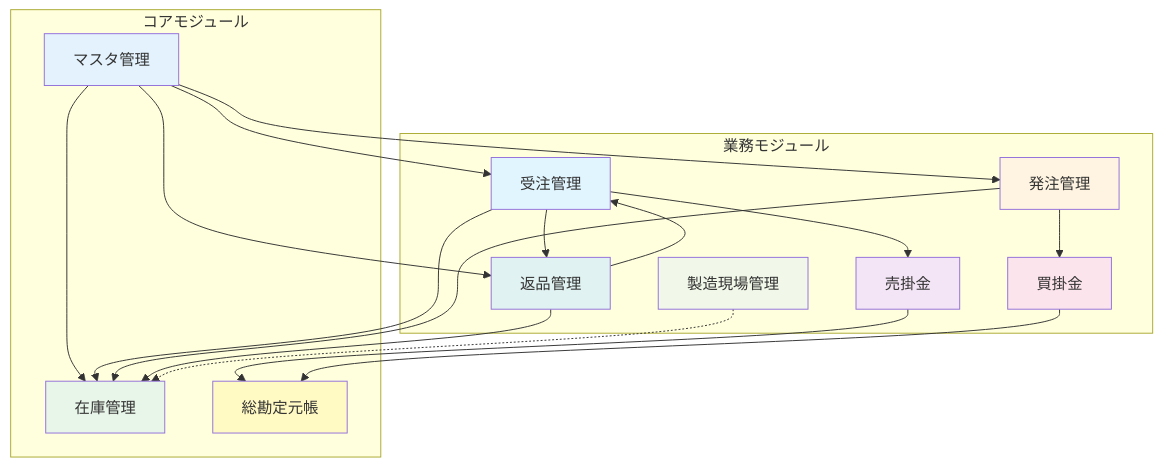
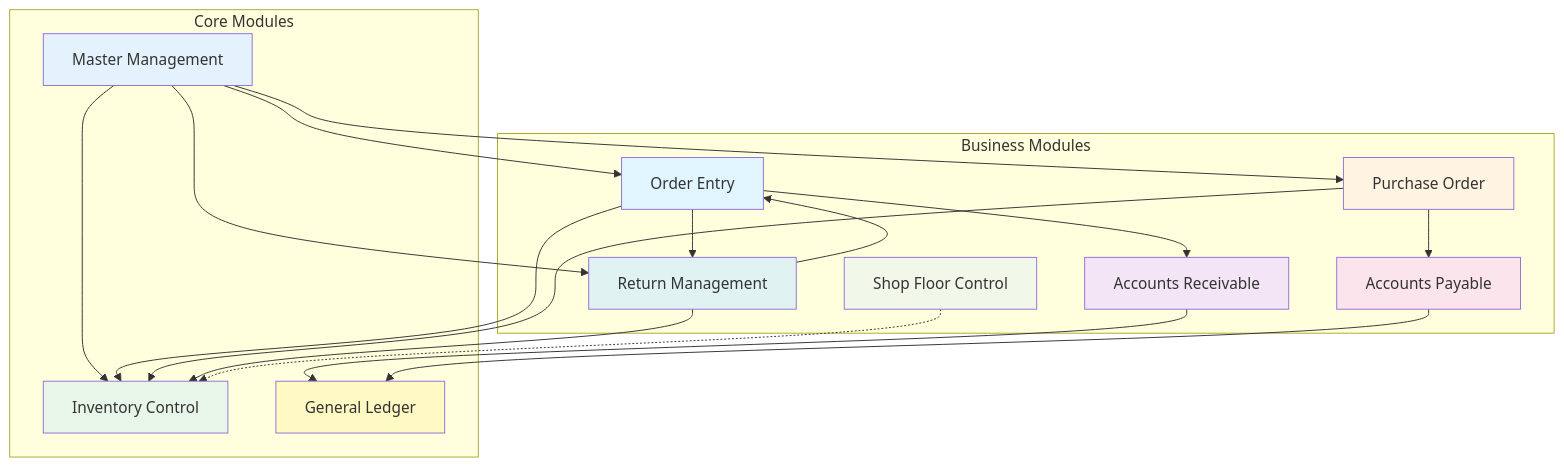
Before and after one commit to HankTk/app-erp: the sixth of 7 diagrams in ERP_MODULE_DIAGRAM.md, drawn with Mermaid. The commit also changed other lines of this file and 5 other files, not shown here.

````diff
--- a/ERP_MODULE_DIAGRAM.md
+++ b/ERP_MODULE_DIAGRAM.md
@@ -290,47 +290,47 @@
 ```mermaid
 graph TD
-    subgraph "コアモジュール"
-        Master[マスタ管理]
-        IC[在庫管理]
-        GL[総勘定元帳]
+    subgraph "Core Modules"
+        Master[Master Management]
+        IC[Inventory Control]
+        GL[General Ledger]
     end
 
-    subgraph "業務モジュール"
-        OE[受注管理]
-        PO[発注管理]
-        AR[売掛金]
-        AP[買掛金]
-        RMA[返品管理]
-        SFC[製造現場管理]
+    subgraph "Business Modules"
+        OE[Order Entry]
+        PO[Purchase Order]
+        AR[Accounts Receivable]
+        AP[Accounts Payable]
+        RMA[Return Management]
+        SFC[Shop Floor Control]
     end
 
     Master --> OE
     Master --> PO
     Master --> IC
     Master --> RMA
 
     OE --> IC
     OE --> AR
     OE --> RMA
 
     PO --> IC
     PO --> AP
 
     RMA --> IC
     RMA --> OE
 
     AR --> GL
     AP --> GL
 
     SFC -.-> IC
 
     style Master fill:#e3f2fd
     style IC fill:#e8f5e9
     style GL fill:#fff9c4
     style OE fill:#e1f5ff
     style PO fill:#fff4e1
     style AR fill:#f3e5f5
     style AP fill:#fce4ec
     style RMA fill:#e0f2f1
     style SFC fill:#f1f8e9
 ```
````
